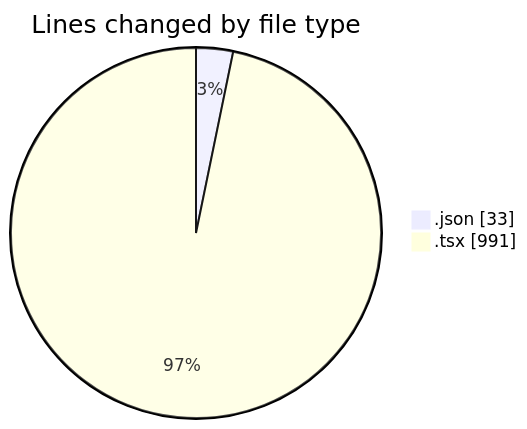
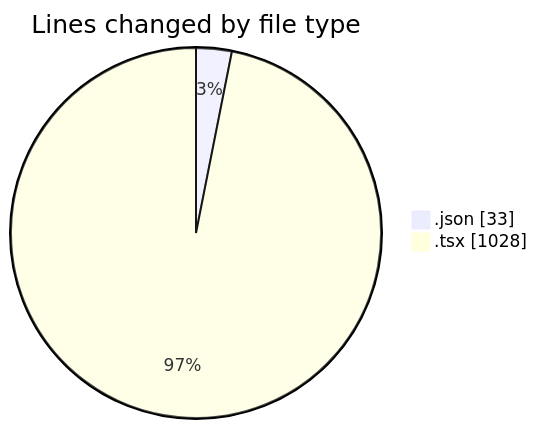
The first of 2 diagrams in 2025-03-11/projet_stage/README.md (Elitesun/code-tracking), drawn with Mermaid before and after one commit. The commit also changed other lines of this file and 1 other file, not shown here.

````diff
--- a/2025-03-11/projet_stage/README.md
+++ b/2025-03-11/projet_stage/README.md
@@ -28,6 +29,6 @@
 ```mermaid
 pie showData
 title Lines changed by file type
 ".json" : 33
-".tsx" : 991
+".tsx" : 1028
 ```
````
